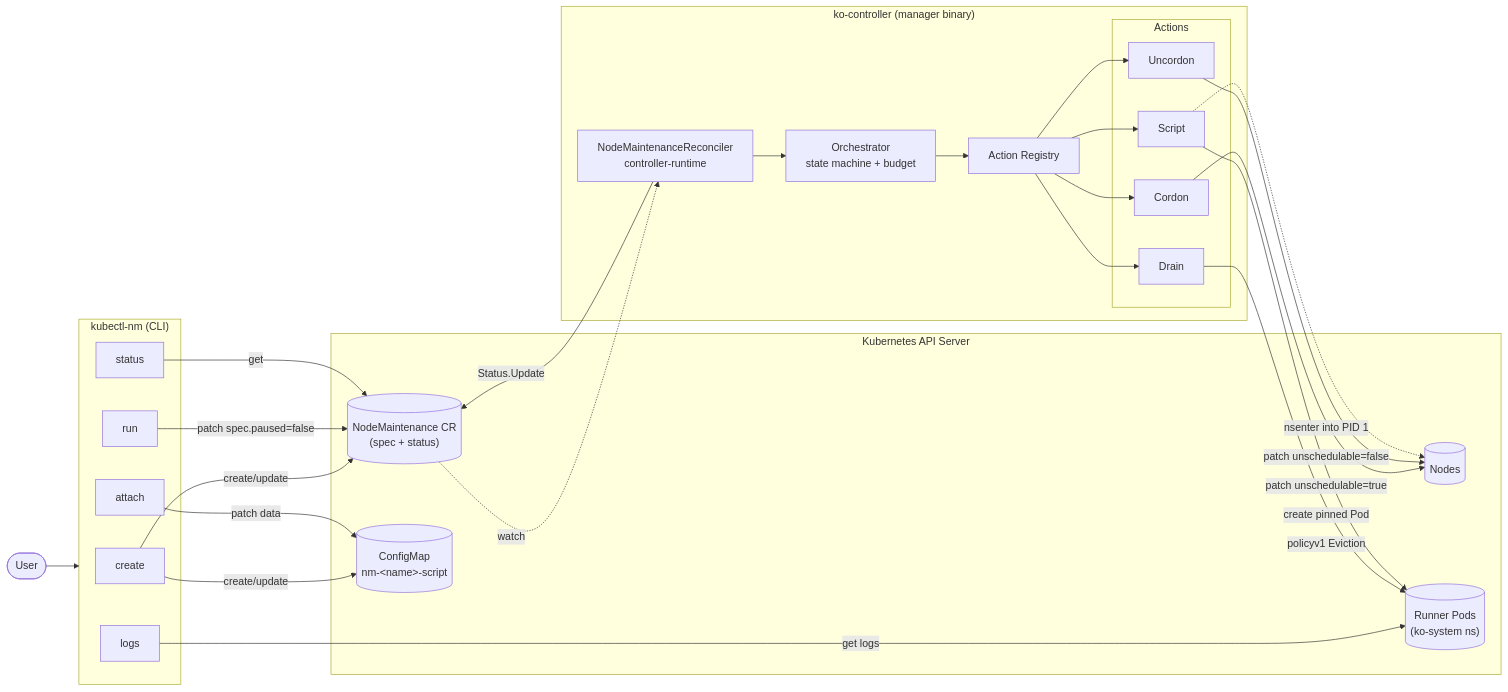
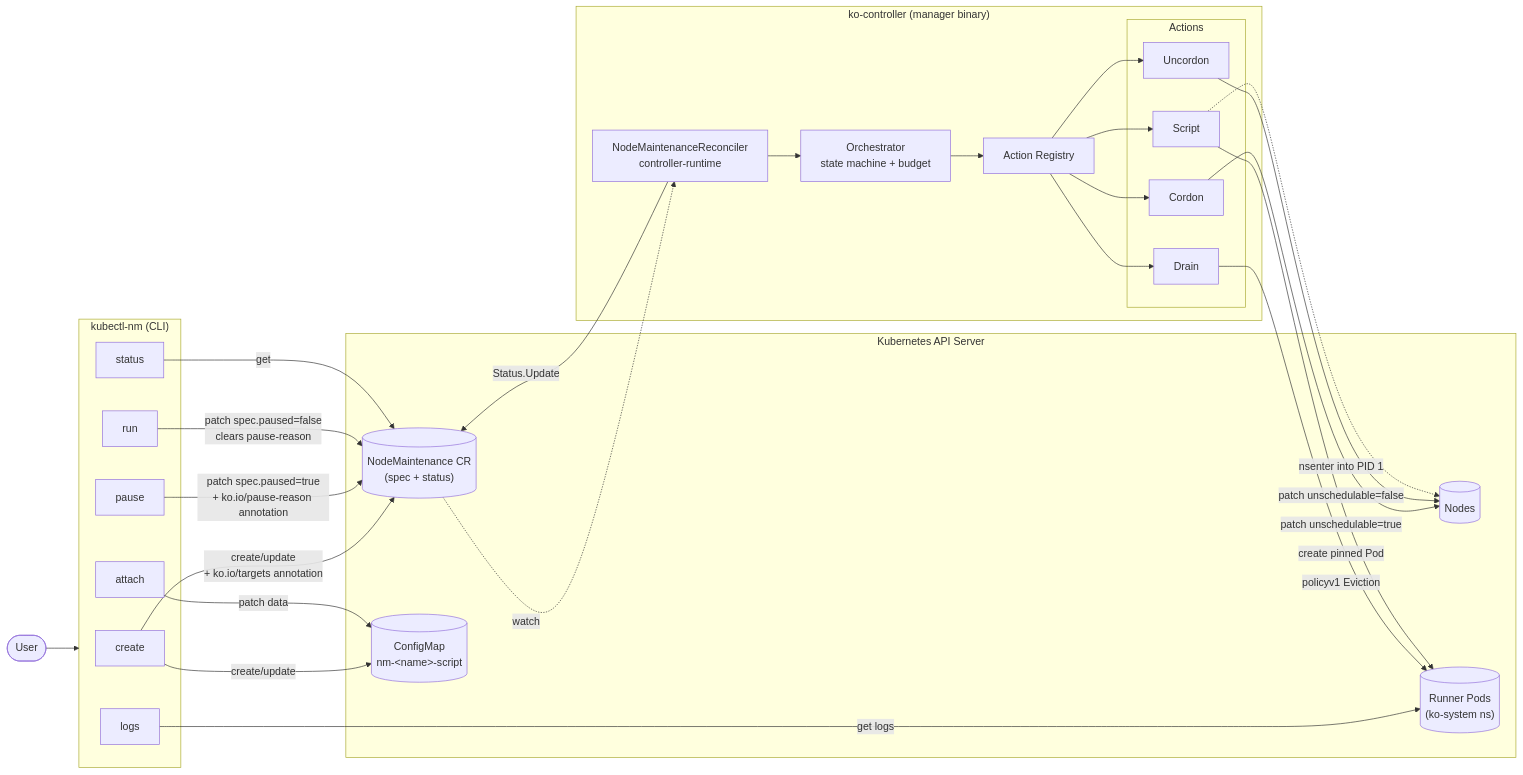
One commit to AnirudhKabra/klusterOne changed the first of 3 diagrams in README.md. Above: the diagram before and after it, drawn with Mermaid. The commit also changed other lines of this file and 2 other files, not shown here.

````diff
--- a/README.md
+++ b/README.md
@@ -83,52 +132,54 @@
 ```mermaid
 flowchart LR
     user(["User"])
 
     subgraph CLI["kubectl-nm (CLI)"]
         cli_create["create"]
         cli_attach["attach"]
+        cli_pause["pause"]
         cli_run["run"]
         cli_status["status"]
         cli_logs["logs"]
     end
 
     subgraph API["Kubernetes API Server"]
         nm[("NodeMaintenance CR<br/>(spec + status)")]
         cm[("ConfigMap<br/>nm-&lt;name&gt;-script")]
         nodes[("Nodes")]
         pods[("Runner Pods<br/>(ko-system ns)")]
     end
 
     subgraph CTRL["ko-controller (manager binary)"]
         rec["NodeMaintenanceReconciler<br/>controller-runtime"]
         orch["Orchestrator<br/>state machine + budget"]
         reg["Action Registry"]
 
         subgraph ACT["Actions"]
             cordon["Cordon"]
             drain["Drain"]
             script["Script"]
             uncordon["Uncordon"]
         end
     end
 
     user --> CLI
-    cli_create -->|create/update| nm
+    cli_create -->|create/update<br/>+ ko.io/targets annotation| nm
     cli_create -->|create/update| cm
     cli_attach -->|patch data| cm
-    cli_run -->|patch spec.paused=false| nm
+    cli_pause -->|patch spec.paused=true<br/>+ ko.io/pause-reason annotation| nm
+    cli_run -->|patch spec.paused=false<br/>clears pause-reason| nm
     cli_status -->|get| nm
     cli_logs -->|get logs| pods
 
     nm -. watch .-> rec
     rec --> orch
     orch --> reg
     reg --> cordon & drain & script & uncordon
 
     cordon -->|patch unschedulable=true| nodes
     uncordon -->|patch unschedulable=false| nodes
     drain -->|policyv1 Eviction| pods
     script -->|create pinned Pod| pods
     script -. nsenter into PID 1 .-> nodes
     rec -->|Status.Update| nm
 ```
````
